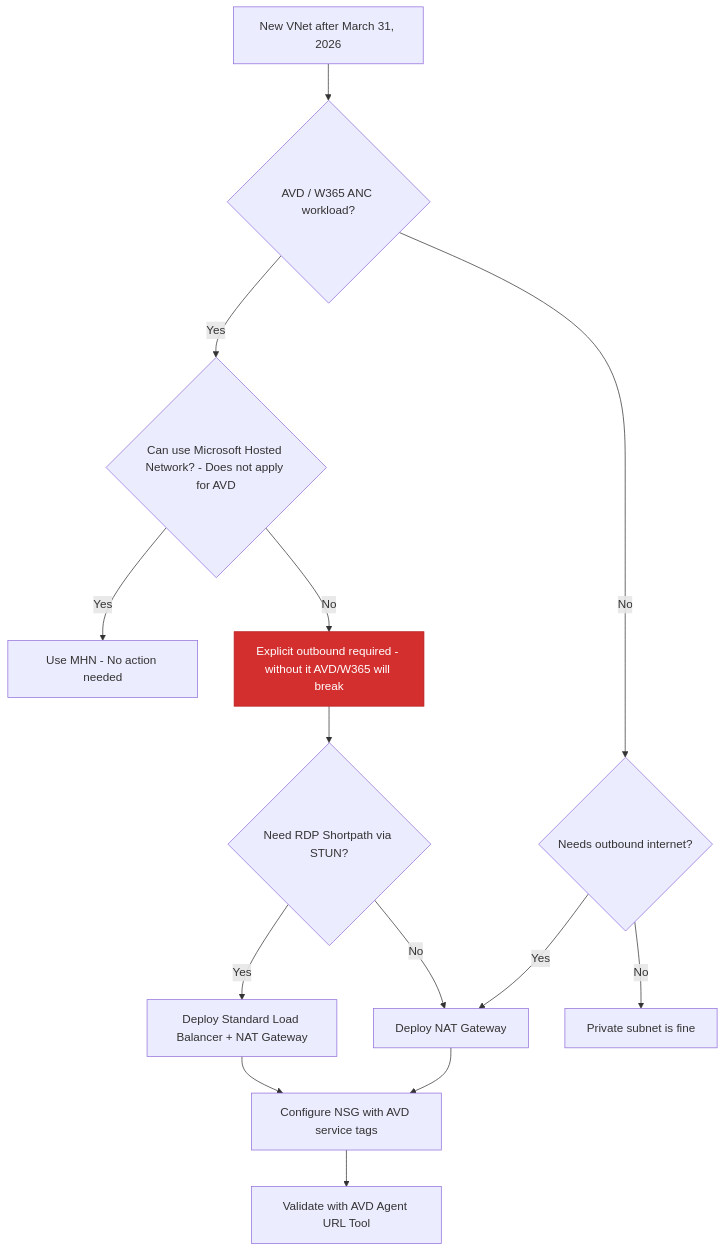
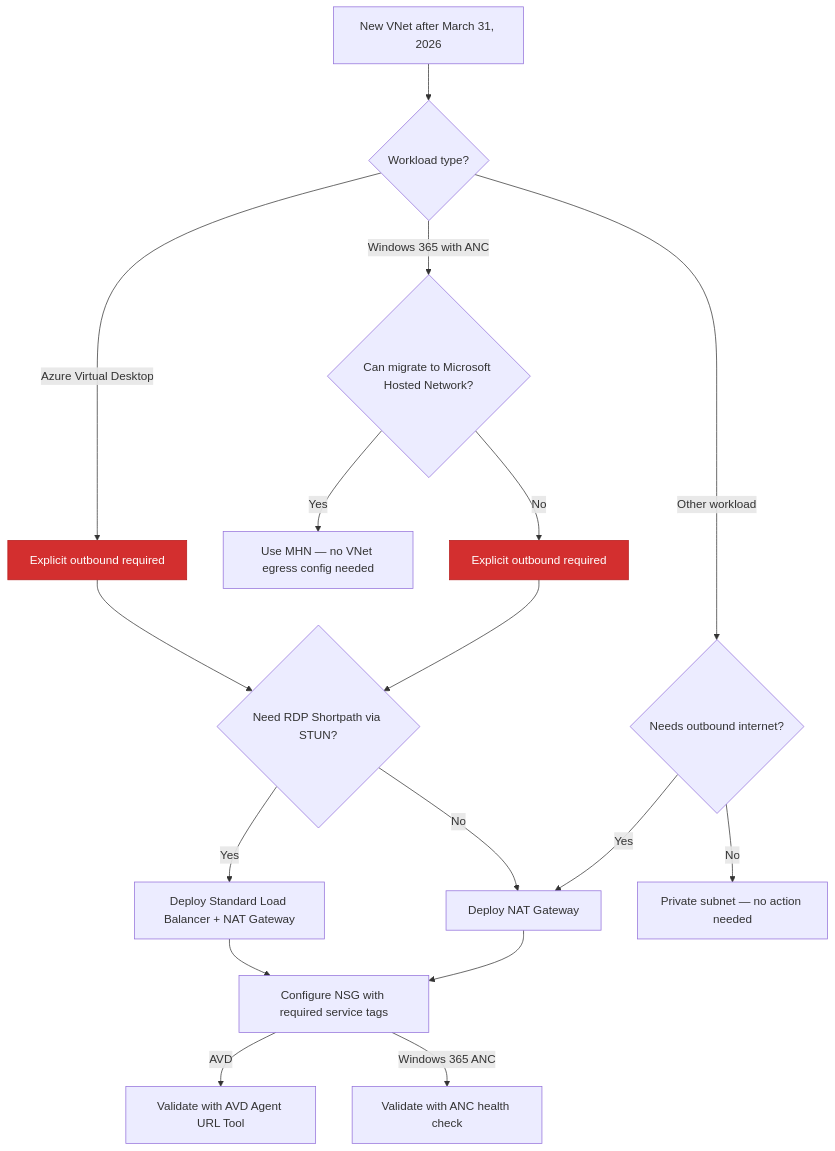
One commit to BenMartinBaur/benmartinbaur.github.io changed the diagram in content/posts/2026-03-13-azure-default-outbound-access-avd/index.md. Above: the diagram before and after it, drawn with Mermaid. The commit also changed other lines of this file, not shown here.

Commit message:
updated mermaid

````diff
--- a/content/posts/2026-03-13-azure-default-outbound-access-avd/index.md
+++ b/content/posts/2026-03-13-azure-default-outbound-access-avd/index.md
@@ -123,18 +123,22 @@
 ```mermaid
 flowchart TD
-    A[New VNet after March 31, 2026] --> B{AVD / W365 ANC workload?}
-    B -->|Yes| C{Can use Microsoft Hosted Network? - Does not apply for AVD}
-    C -->|Yes| D[Use MHN - No action needed]
-    C -->|No| E[Explicit outbound required - without it AVD/W365 will break]
-    E --> F{Need RDP Shortpath via STUN?}
+    A[New VNet after March 31, 2026] --> B{Workload type?}
+    B -->|Azure Virtual Desktop| AVD[Explicit outbound required]
+    B -->|Windows 365 with ANC| W365{Can migrate to Microsoft Hosted Network?}
+    B -->|Other workload| K{Needs outbound internet?}
+    W365 -->|Yes| MHN[Use MHN — no VNet egress config needed]
+    W365 -->|No| ANC[Explicit outbound required]
+    AVD --> F{Need RDP Shortpath via STUN?}
+    ANC --> F
     F -->|Yes| G[Deploy Standard Load Balancer + NAT Gateway]
     F -->|No| H[Deploy NAT Gateway]
-    G --> I[Configure NSG with AVD service tags]
+    G --> I[Configure NSG with required service tags]
     H --> I
-    I --> J[Validate with AVD Agent URL Tool]
-    B -->|No| K{Needs outbound internet?}
+    I -->|AVD| J1[Validate with AVD Agent URL Tool]
+    I -->|Windows 365 ANC| J2[Validate with ANC health check]
     K -->|Yes| H
-    K -->|No| L[Private subnet is fine]
+    K -->|No| L[Private subnet — no action needed]
 
-    style E fill:#d32f2f,color:#fff,stroke:#b71c1c
+    style AVD fill:#d32f2f,color:#fff,stroke:#b71c1c
+    style ANC fill:#d32f2f,color:#fff,stroke:#b71c1c
 ```
````
